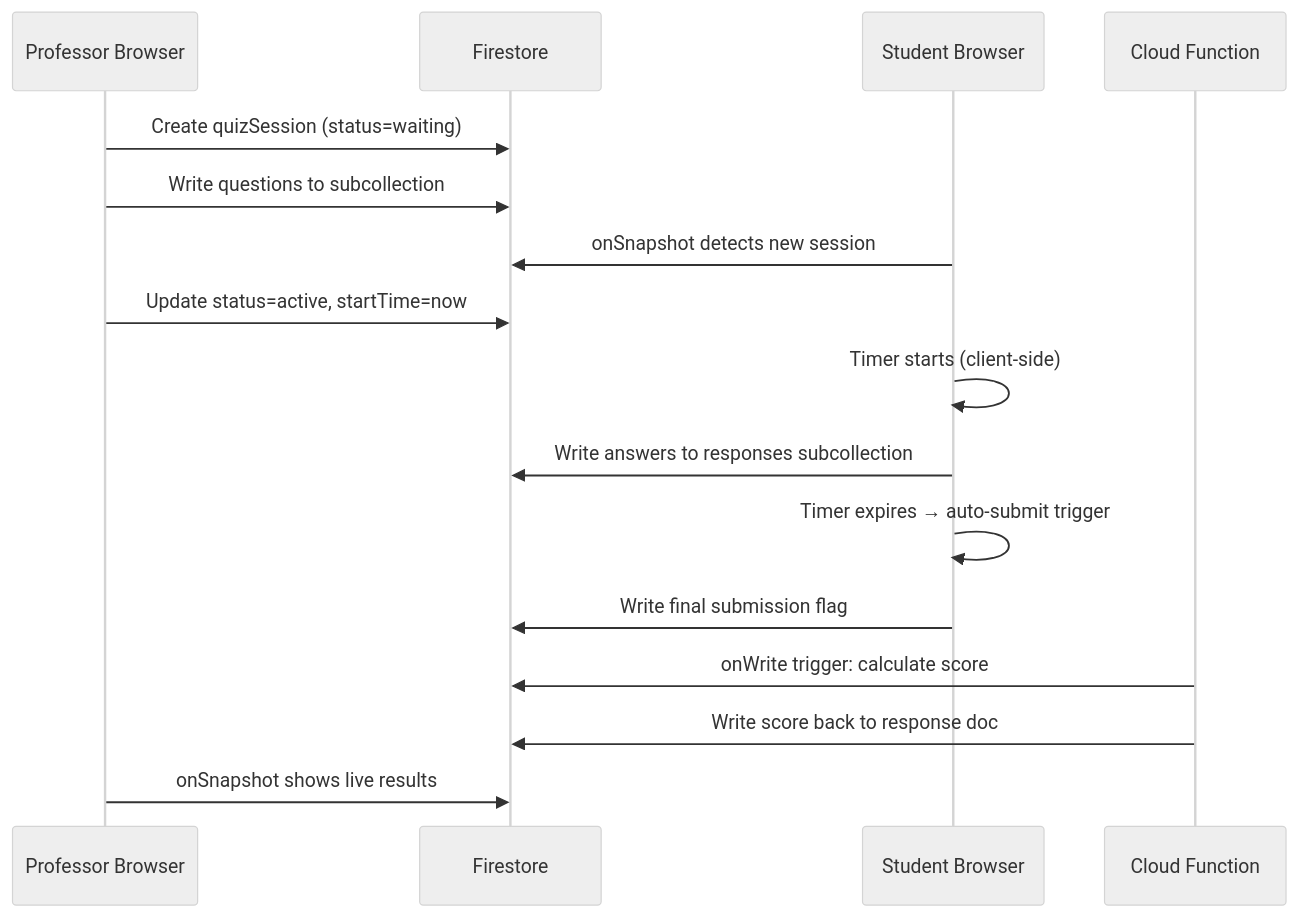
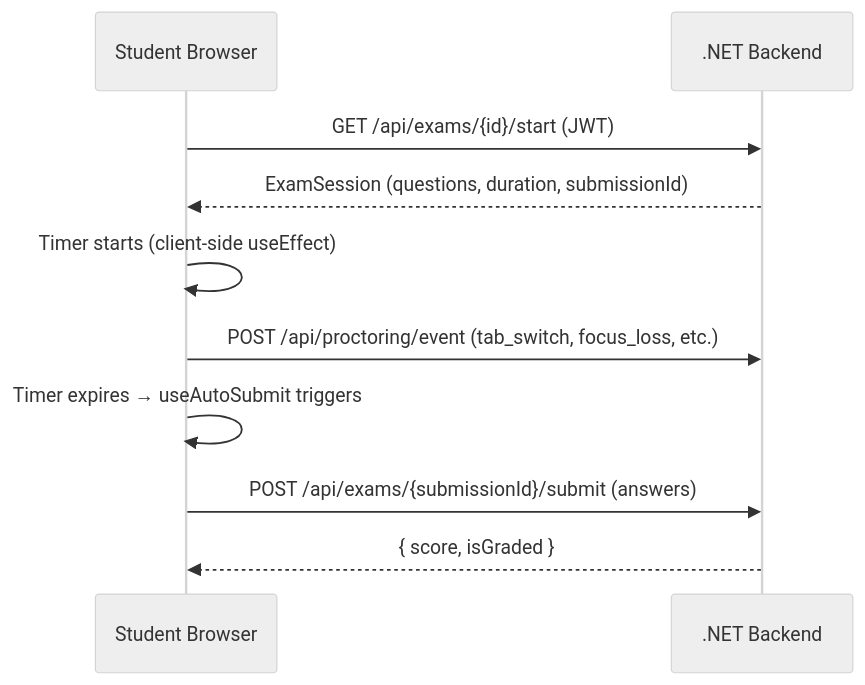
One commit to Mohamedmahmoud148/UniversityManagementSystem changed the second of 2 diagrams in Project-Documentation/33-System-Design/05_FRONTEND_ARCHITECTURE.md. Above: the diagram before and after it, drawn with Mermaid (neutral theme). The commit also changed other lines of this file and 5 other files, not shown here.

````diff
--- a/Project-Documentation/33-System-Design/05_FRONTEND_ARCHITECTURE.md
+++ b/Project-Documentation/33-System-Design/05_FRONTEND_ARCHITECTURE.md
@@ -236,19 +260,13 @@
 ```mermaid
 sequenceDiagram
-    participant P as Professor Browser
-    participant FS as Firestore
     participant S as Student Browser
-    participant CF as Cloud Function
+    participant NET as .NET Backend
 
-    P->>FS: Create quizSession (status=waiting)
-    P->>FS: Write questions to subcollection
-    S->>FS: onSnapshot detects new session
-    P->>FS: Update status=active, startTime=now
-    S->>S: Timer starts (client-side)
-    S->>FS: Write answers to responses subcollection
-    S->>S: Timer expires → auto-submit trigger
-    S->>FS: Write final submission flag
-    CF->>FS: onWrite trigger: calculate score
-    CF->>FS: Write score back to response doc
-    P->>FS: onSnapshot shows live results
+    S->>NET: GET /api/exams/{id}/start (JWT)
+    NET-->>S: ExamSession (questions, duration, submissionId)
+    S->>S: Timer starts (client-side useEffect)
+    S->>NET: POST /api/proctoring/event (tab_switch, focus_loss, etc.)
+    S->>S: Timer expires → useAutoSubmit triggers
+    S->>NET: POST /api/exams/{submissionId}/submit (answers)
+    NET-->>S: { score, isGraded }
 ```
````
